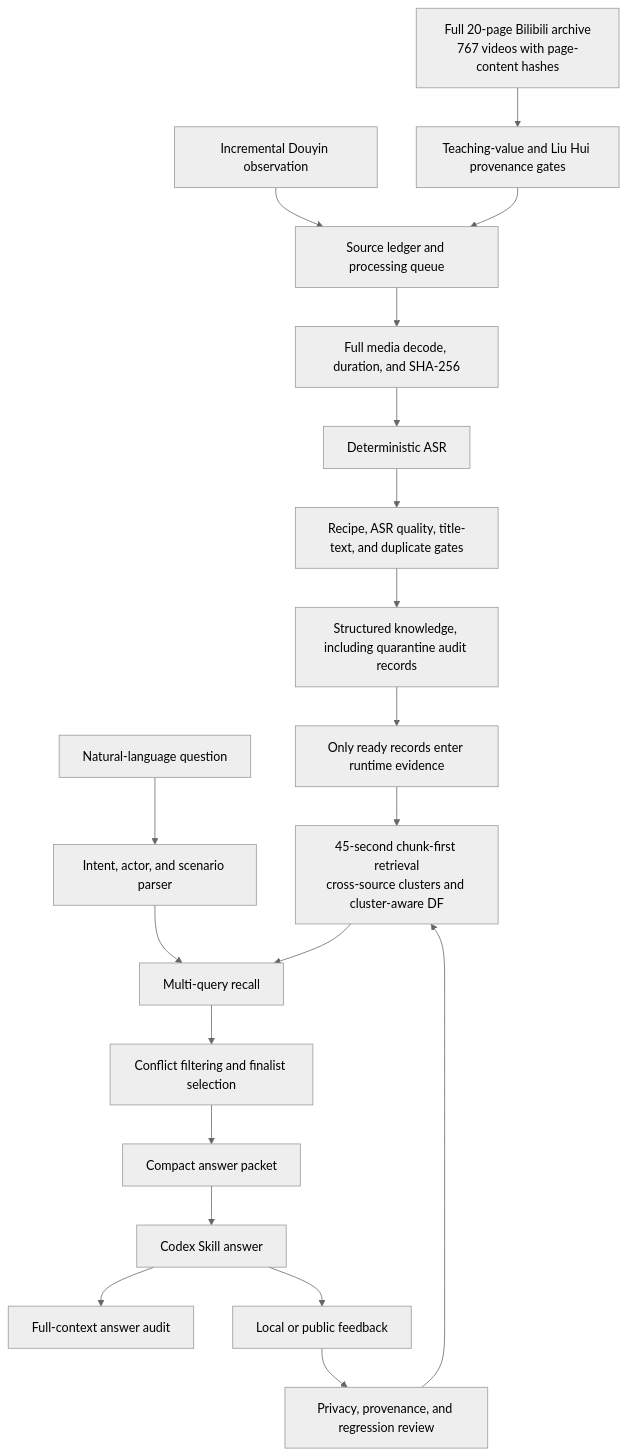
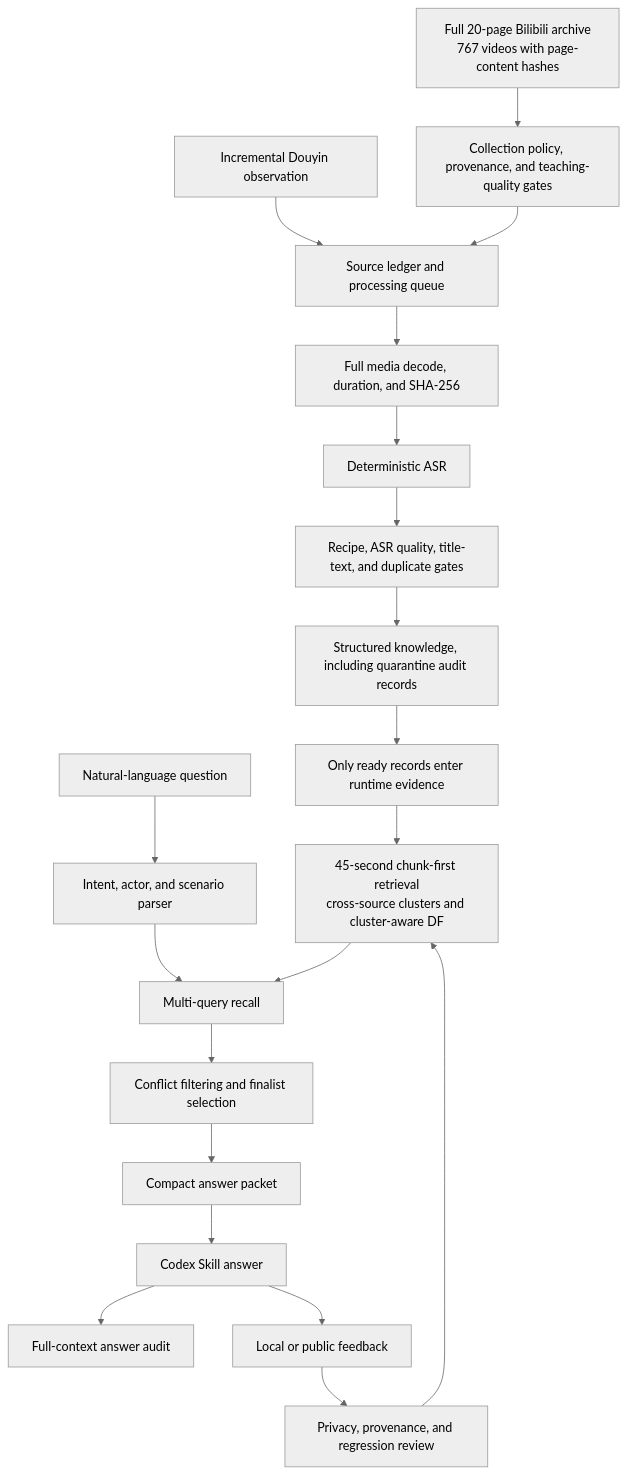
One commit to MuyuanGuo/badminton-skills-coach changed the diagram in README.en.md. Above: the diagram before and after it, drawn with Mermaid (neutral theme). The commit also changed other lines of this file and 77 other files, not shown here.

````diff
--- a/README.en.md
+++ b/README.en.md
@@ -85,22 +85,22 @@
 ```mermaid
 flowchart TD
     A1["Incremental Douyin observation"] --> B["Source ledger and processing queue"]
-    A2["Full 20-page Bilibili archive<br/>767 videos with page-content hashes"] --> O["Teaching-value and Liu Hui provenance gates"]
+    A2["Full 20-page Bilibili archive<br/>767 videos with page-content hashes"] --> O["Collection policy, provenance, and teaching-quality gates"]
     O --> B
     B --> C["Full media decode, duration, and SHA-256"]
     C --> D["Deterministic ASR"]
     D --> P["Recipe, ASR quality, title-text, and duplicate gates"]
     P --> E["Structured knowledge, including quarantine audit records"]
     E --> R["Only ready records enter runtime evidence"]
     R --> F["45-second chunk-first retrieval<br/>cross-source clusters and cluster-aware DF"]
     Q["Natural-language question"] --> G["Intent, actor, and scenario parser"]
     G --> H["Multi-query recall"]
     F --> H
     H --> I["Conflict filtering and finalist selection"]
     I --> J["Compact answer packet"]
     J --> K["Codex Skill answer"]
     K --> L["Full-context answer audit"]
     K --> M["Local or public feedback"]
     M --> N["Privacy, provenance, and regression review"]
     N --> F
 ```
````
